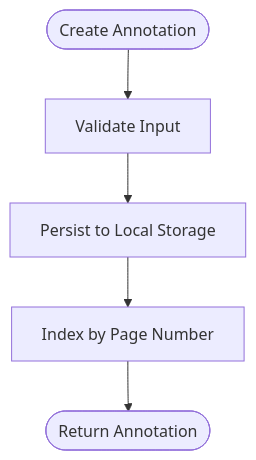
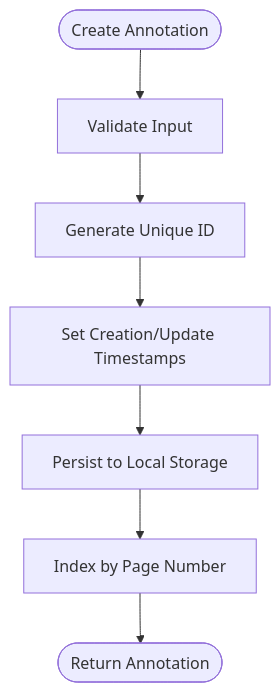
The fourth of 6 diagrams in .qoder/repowiki/en/content/Project Overview/Project Overview.md (Chunde/SciPDFReader), drawn with Mermaid before and after one commit. The commit also changed other lines of this file and 25 other files, not shown here.

````diff
--- a/.qoder/repowiki/en/content/Project Overview/Project Overview.md
+++ b/.qoder/repowiki/en/content/Project Overview/Project Overview.md
@@ -190,7 +276,9 @@
 ```mermaid
 flowchart TD
 Start(["Create Annotation"]) --> Validate["Validate Input"]
-Validate --> Persist["Persist to Local Storage"]
+Validate --> GenerateID["Generate Unique ID"]
+GenerateID --> SetTimestamps["Set Creation/Update Timestamps"]
+SetTimestamps --> Persist["Persist to Local Storage"]
 Persist --> Index["Index by Page Number"]
 Index --> Done(["Return Annotation"])
 ```
````
